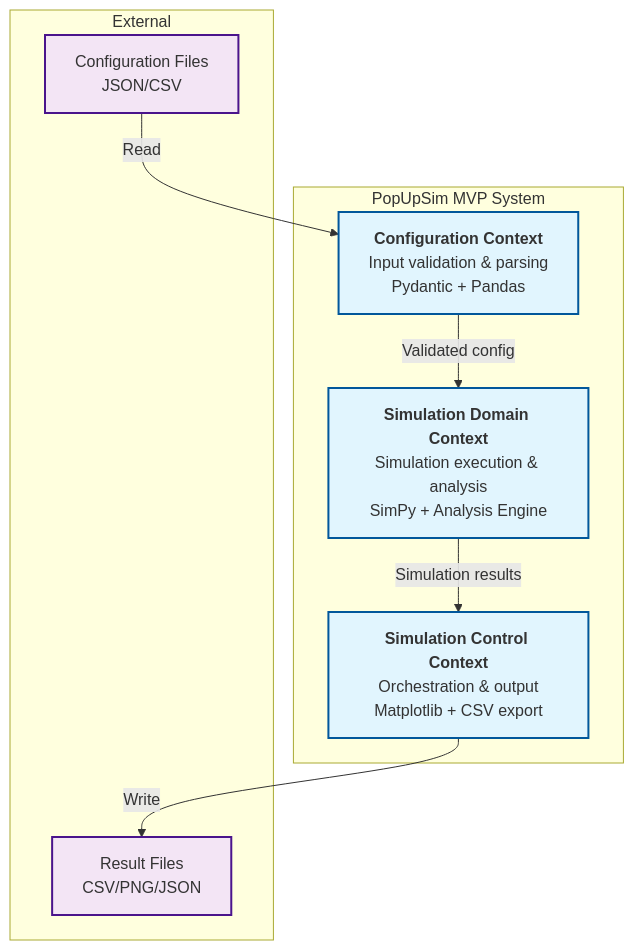
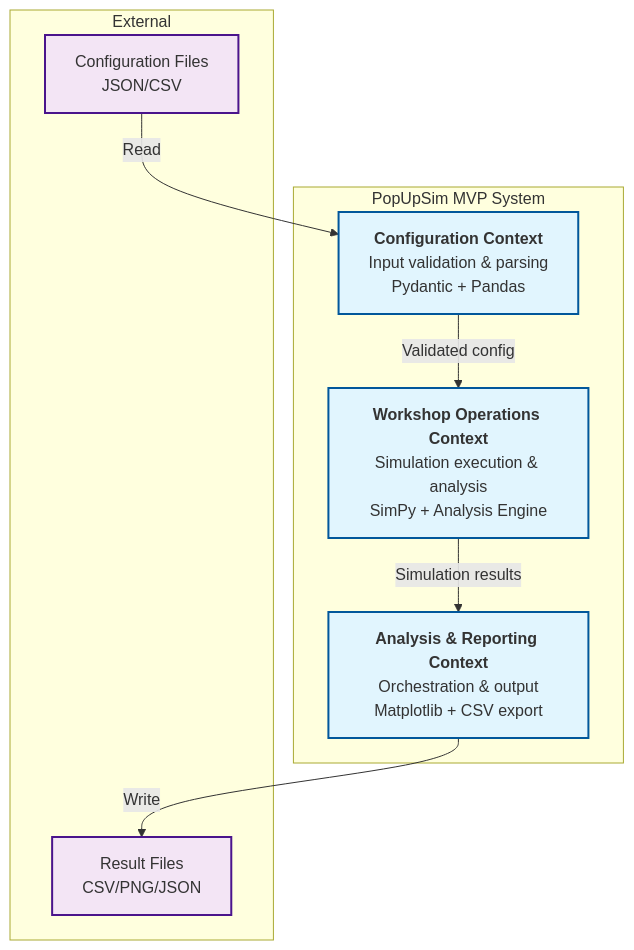
One commit to OpenRailAssociation/dac-migration-dss-popupsim changed the first of 4 diagrams in docs/mvp/architecture/05-building-blocks.md. Above: the diagram before and after it, drawn with Mermaid. The commit also changed other lines of this file and 13 other files, not shown here.

````diff
--- a/docs/mvp/architecture/05-building-blocks.md
+++ b/docs/mvp/architecture/05-building-blocks.md
@@ -7,24 +7,24 @@
 ```mermaid
 graph TB
     subgraph "PopUpSim MVP System"
         CC["<b>Configuration Context</b><br/>Input validation & parsing<br/>Pydantic + Pandas"]
-        SD["<b>Simulation Domain Context</b><br/>Simulation execution & analysis<br/>SimPy + Analysis Engine"]
-        SC["<b>Simulation Control Context</b><br/>Orchestration & output<br/>Matplotlib + CSV export"]
+        SD["<b>Workshop Operations Context</b><br/>Simulation execution & analysis<br/>SimPy + Analysis Engine"]
+        SC["<b>Analysis & Reporting Context</b><br/>Orchestration & output<br/>Matplotlib + CSV export"]
     end
 
     subgraph "External"
         Files["Configuration Files<br/>JSON/CSV"]
         Results["Result Files<br/>CSV/PNG/JSON"]
     end
 
     Files -->|"Read"| CC
     CC -->|"Validated config"| SD
     SD -->|"Simulation results"| SC
     SC -->|"Write"| Results
 
     classDef context fill:#e1f5fe,stroke:#01579b,stroke-width:2px
     classDef external fill:#f3e5f5,stroke:#4a148c,stroke-width:2px
 
     class CC,SD,SC context
     class Files,Results external
 ```
````
